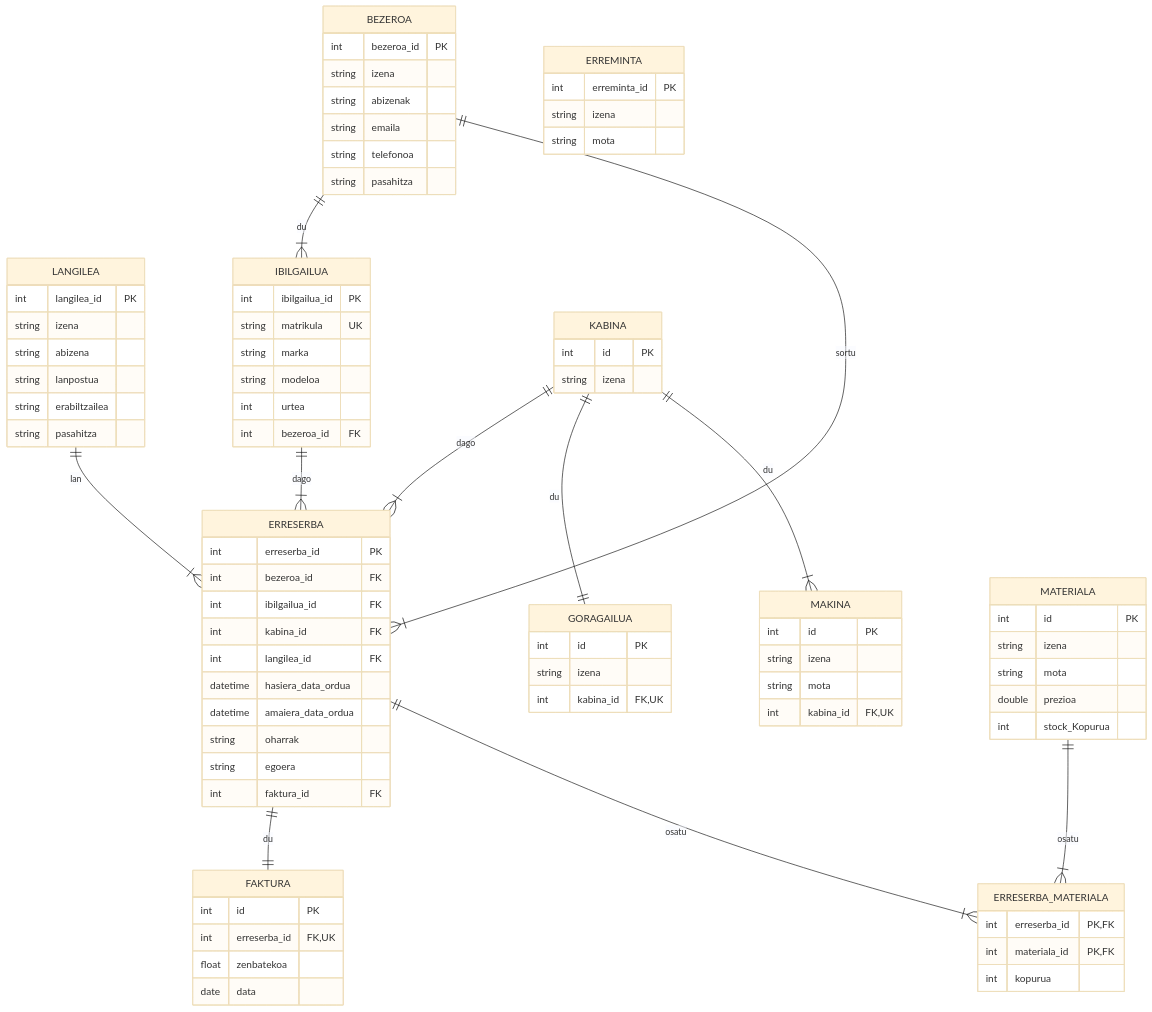
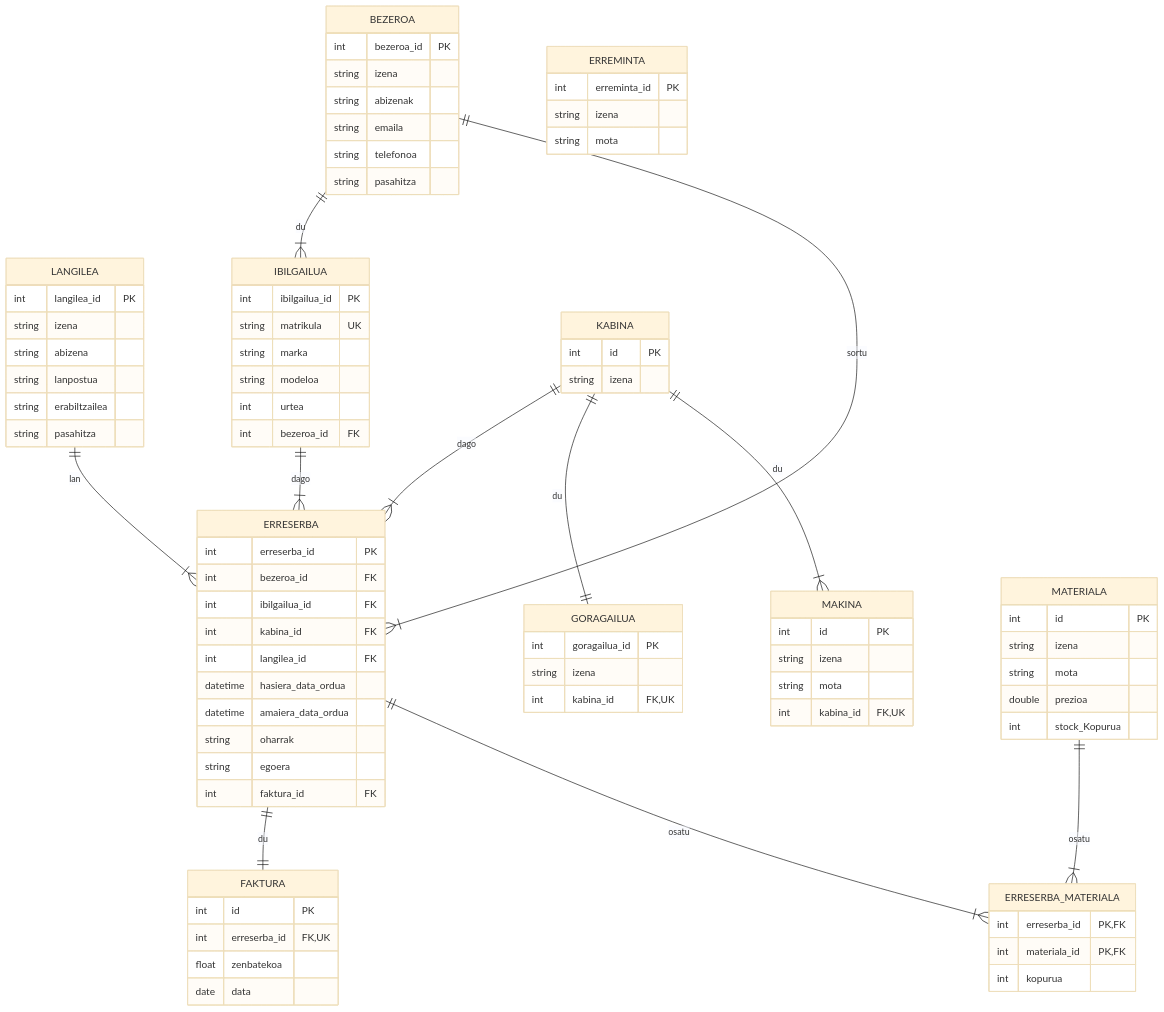
One commit to lopezibon-dev/garajea changed the third of 3 diagrams in README.md. Above: the diagram before and after it, drawn with Mermaid (base theme). The commit also changed 4 other files, not shown here.

```diff
--- a/README.md
+++ b/README.md
@@ -186,7 +186,7 @@
       string izena
     }
     GORAGAILUA {
-      int id PK
+      int goragailua_id PK
       string izena
       int kabina_id FK, UK
     }
```
